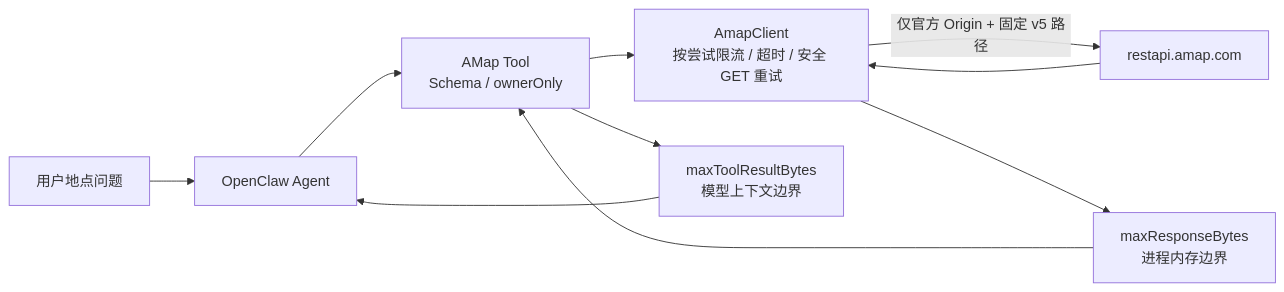
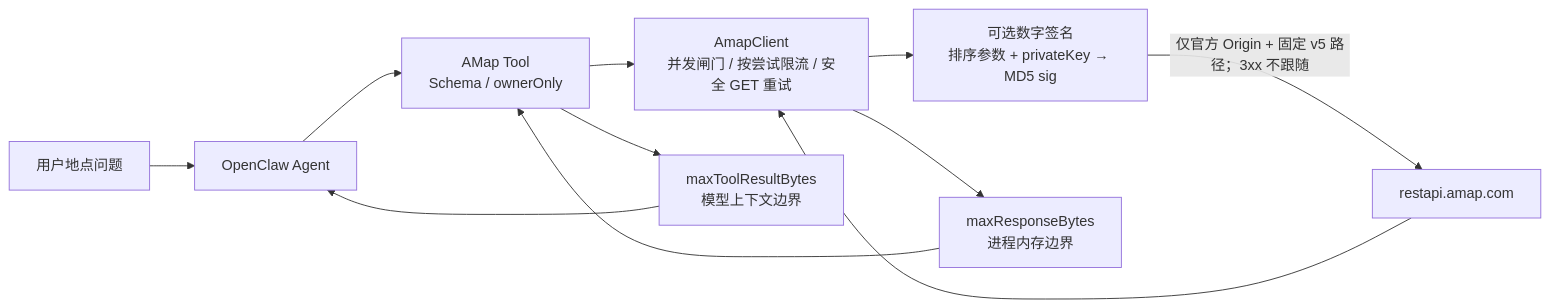
Before and after one commit to partme-ai/openclaw-plugins: the first of 2 diagrams in extensions/amap/README.md, drawn with Mermaid. The commit also changed other lines of this file and 35 other files, not shown here.

First line of the commit message:
feat(amap): 添加高德地图API数字签名和并发控制功能

````diff
--- a/extensions/amap/README.md
+++ b/extensions/amap/README.md
@@ -31,9 +32,10 @@
 ```mermaid
 flowchart LR
     User["用户地点问题"] --> Agent["OpenClaw Agent"]
     Agent --> Tool["AMap Tool<br/>Schema / ownerOnly"]
-    Tool --> Client["AmapClient<br/>按尝试限流 / 超时 / 安全 GET 重试"]
-    Client -->|"仅官方 Origin + 固定 v5 路径"| API["restapi.amap.com"]
+    Tool --> Client["AmapClient<br/>并发闸门 / 按尝试限流 / 安全 GET 重试"]
+    Client --> Sign["可选数字签名<br/>排序参数 + privateKey → MD5 sig"]
+    Sign -->|"仅官方 Origin + 固定 v5 路径；3xx 不跟随"| API["restapi.amap.com"]
     API --> Client --> ResponseBound["maxResponseBytes<br/>进程内存边界"]
     ResponseBound --> Tool --> ResultBound["maxToolResultBytes<br/>模型上下文边界"] --> Agent
 ```
````
